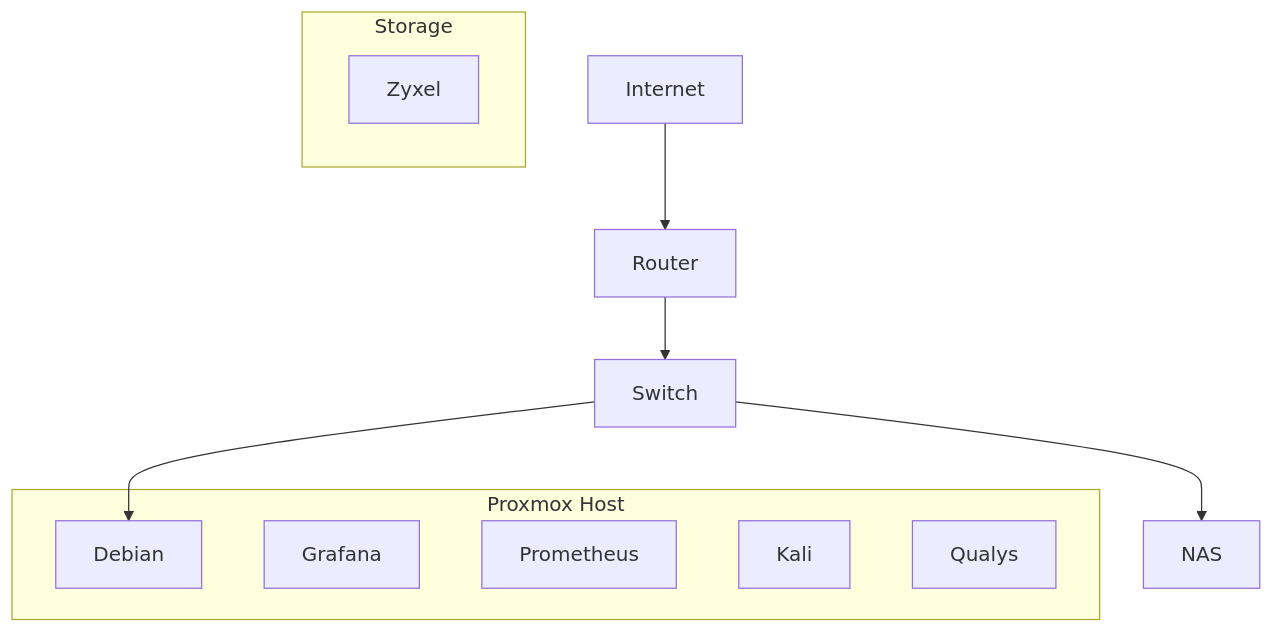
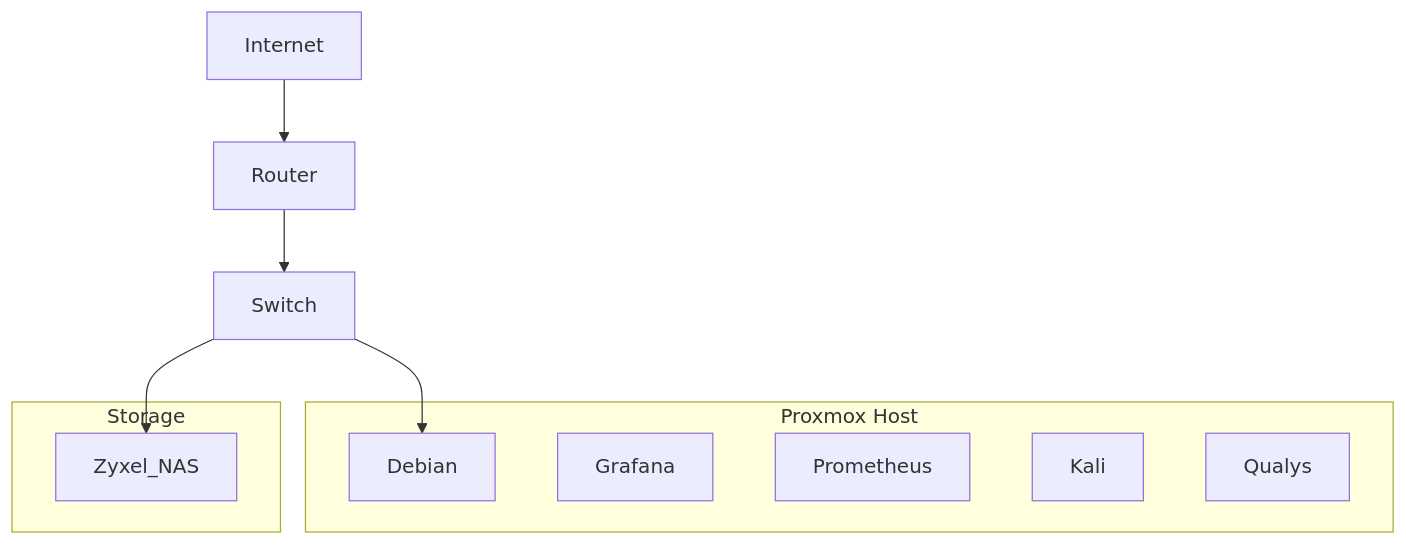
The second of 3 diagrams in docs/architecture.md (Tearstone/tearstone-homelab), drawn with Mermaid before and after one commit.

````diff
--- a/docs/architecture.md
+++ b/docs/architecture.md
@@ -16,21 +16,21 @@
 ```mermaid
 graph TD
 
 Internet --> Router
 Router --> Switch
 
 subgraph "Proxmox Host"
     Debian
     Grafana
     Prometheus
     Kali
     Qualys
 end
 
 subgraph "Storage"
-    Zyxel
+    Zyxel_NAS
 end
 
 Switch --> Debian
-Switch --> NAS
+Switch --> Zyxel_NAS
 ```
````
